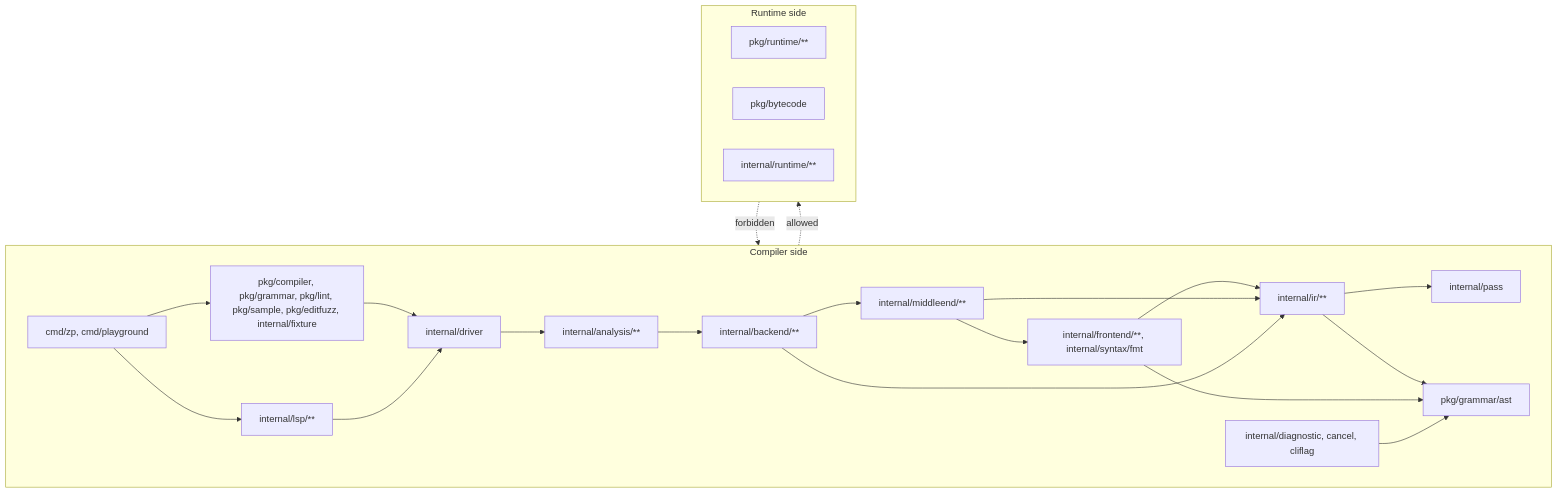
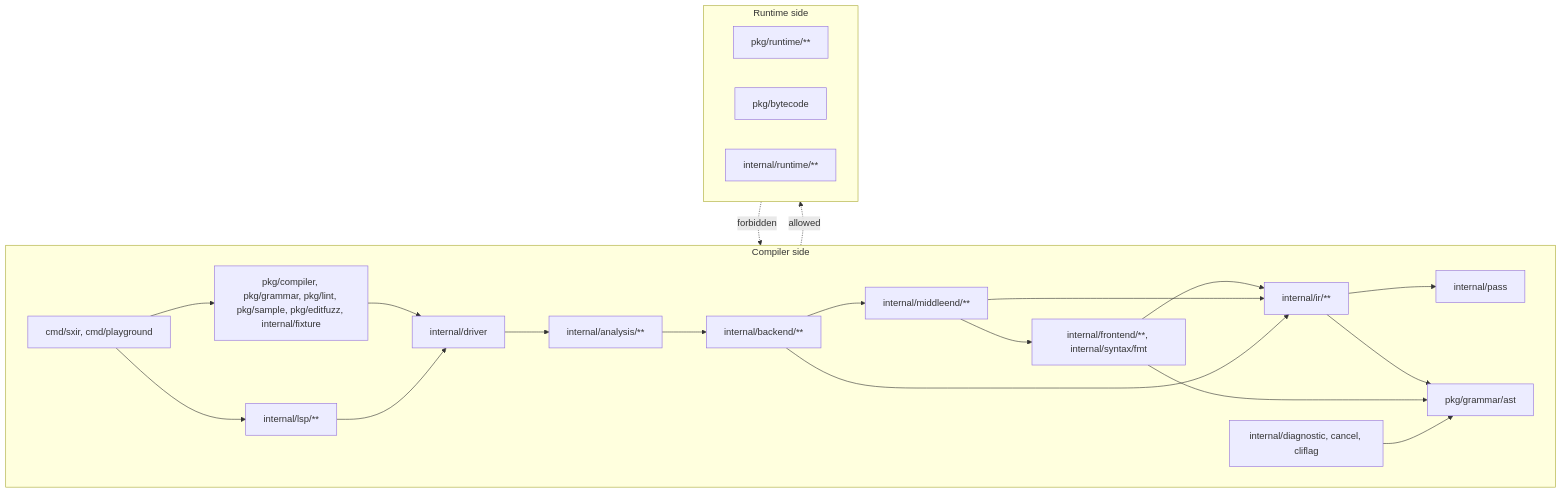
Before and after one commit to syntaxir/syntaxir: the diagram in docs/design/layering.md, drawn with Mermaid. The commit also changed 2328 other files, not shown here.

````diff
--- a/docs/design/layering.md
+++ b/docs/design/layering.md
@@ -18,32 +18,32 @@
 ```mermaid
 flowchart TD
   subgraph C["Compiler side"]
-    cmd["cmd/zp, cmd/playground"]
+    cmd["cmd/sxir, cmd/playground"]
     pub["pkg/compiler, pkg/grammar, pkg/lint, pkg/sample, pkg/editfuzz, internal/fixture"]
     lsp["internal/lsp/**"]
     driver["internal/driver"]
     analysis["internal/analysis/**"]
     backend["internal/backend/**"]
     middle["internal/middleend/**"]
     front["internal/frontend/**, internal/syntax/fmt"]
     ir["internal/ir/**"]
     pass["internal/pass"]
     gram["pkg/grammar/ast"]
     util["internal/diagnostic, cancel, cliflag"]
   end
   subgraph R["Runtime side"]
     rt["pkg/runtime/**"]
     bc["pkg/bytecode"]
     irt["internal/runtime/**"]
   end
   cmd --> pub --> driver
   cmd --> lsp --> driver
   driver --> analysis --> backend --> middle --> front --> ir --> pass
   middle --> ir
   backend --> ir
   ir --> gram
   front --> gram
   util --> gram
   C -.->|allowed| R
   R -.->|forbidden| C
 ```
````
